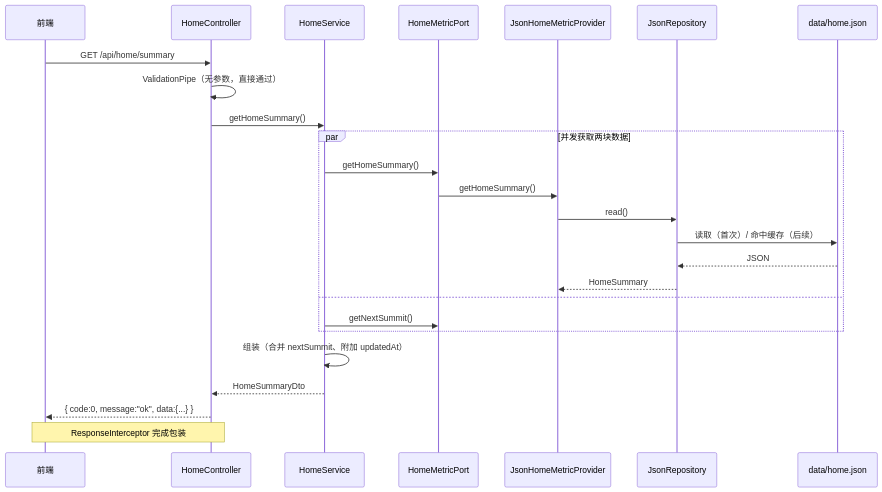
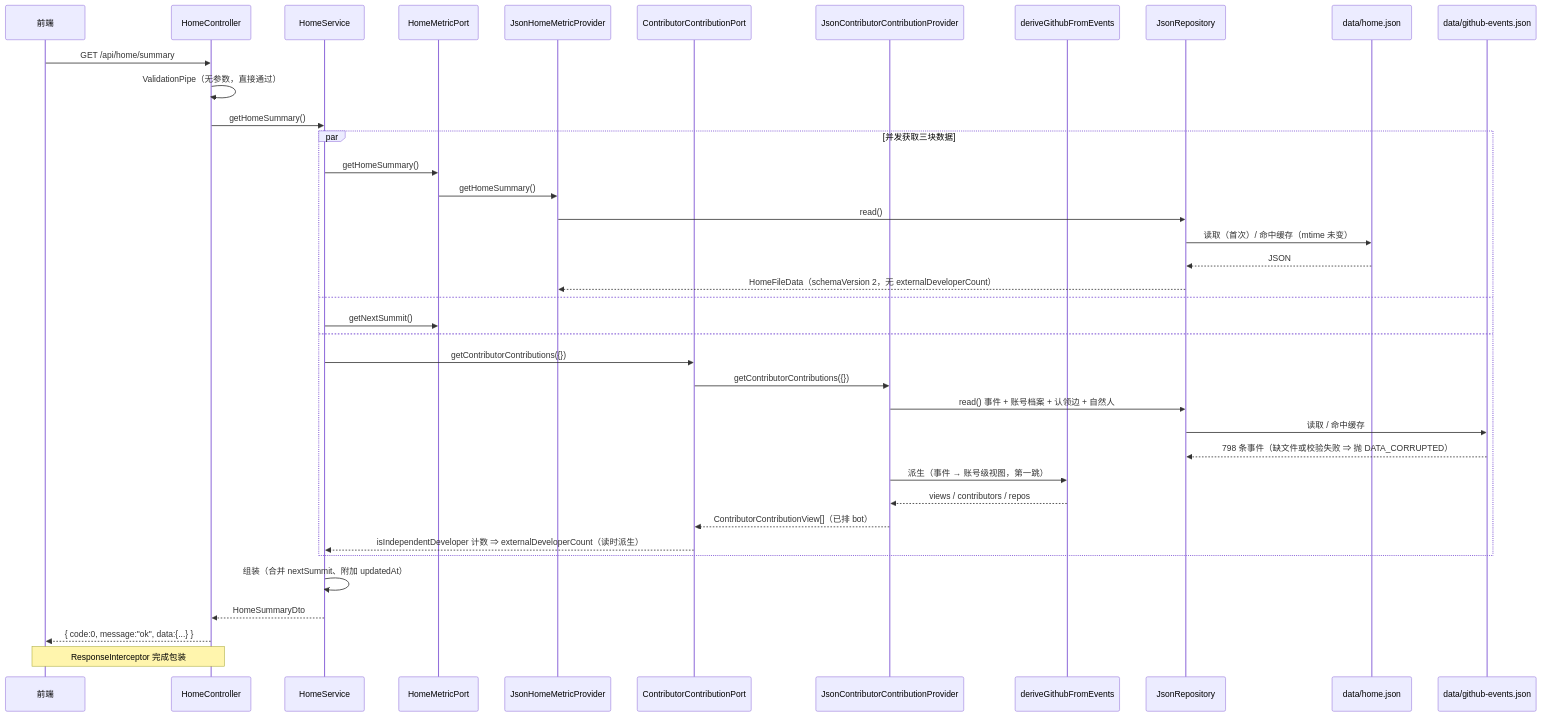
The fourth of 4 diagrams in docs/03-backend-design.md (huang2001junjie-rgb/openan-operation-insights), drawn with Mermaid before and after one commit. The commit also changed other lines of this file and 58 other files, not shown here.

````diff
--- a/docs/03-backend-design.md
+++ b/docs/03-backend-design.md
@@ -623,28 +674,42 @@
 ```mermaid
 sequenceDiagram
   participant W as 前端
   participant C as HomeController
   participant S as HomeService
   participant P as HomeMetricPort
   participant A as JsonHomeMetricProvider
+  participant CC as ContributorContributionPort
+  participant J as JsonContributorContributionProvider
+  participant D as deriveGithubFromEvents
   participant R as JsonRepository
   participant F as data/home.json
+  participant E as data/github-events.json
 
   W->>C: GET /api/home/summary
   C->>C: ValidationPipe（无参数，直接通过）
   C->>S: getHomeSummary()
-  par 并发获取两块数据
+  par 并发获取三块数据
     S->>P: getHomeSummary()
     P->>A: getHomeSummary()
     A->>R: read()
-    R->>F: 读取（首次）/ 命中缓存（后续）
+    R->>F: 读取（首次）/ 命中缓存（mtime 未变）
     F-->>R: JSON
-    R-->>A: HomeSummary
+    R-->>A: HomeFileData（schemaVersion 2，无 externalDeveloperCount）
   and
     S->>P: getNextSummit()
+  and
+    S->>CC: getContributorContributions({})
+    CC->>J: getContributorContributions({})
+    J->>R: read() 事件 + 账号档案 + 认领边 + 自然人
+    R->>E: 读取 / 命中缓存
+    E-->>R: 798 条事件（缺文件或校验失败 ⇒ 抛 DATA_CORRUPTED）
+    J->>D: 派生（事件 → 账号级视图，第一跳）
+    D-->>J: views / contributors / repos
+    J-->>CC: ContributorContributionView[]（已排 bot）
+    CC-->>S: isIndependentDeveloper 计数 ⇒ externalDeveloperCount（读时派生）
   end
   S->>S: 组装（合并 nextSummit、附加 updatedAt）
   S-->>C: HomeSummaryDto
   C-->>W: { code:0, message:"ok", data:{...} }
   Note over C,W: ResponseInterceptor 完成包装
 ```
````
